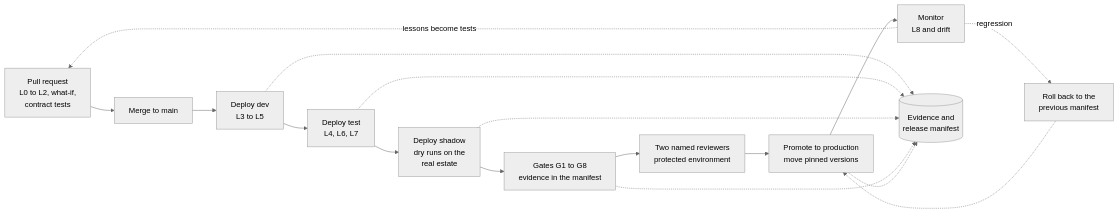
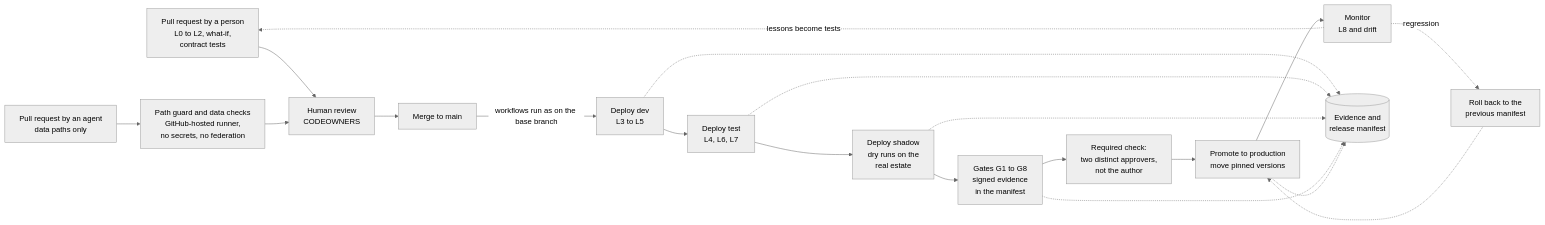
One commit to tinodo/meternaut changed the diagram in docs/design/11-delivery-and-operations.md. Above: the diagram before and after it, drawn with Mermaid (neutral theme). The commit also changed other lines of this file and 23 other files, not shown here.

First line of the commit message:
design phase 1: revised after round 1 (baseline for round-2 quote checks, not a release)

````diff
--- a/docs/design/11-delivery-and-operations.md
+++ b/docs/design/11-delivery-and-operations.md
@@ -47,22 +52,30 @@
 ```mermaid
 flowchart LR
-    PR["Pull request<br/>L0 to L2, what-if,<br/>contract tests"]
+    PRH["Pull request by a person<br/>L0 to L2, what-if,<br/>contract tests"]
+    PRA["Pull request by an agent<br/>data paths only"]
+    GUD["Path guard and data checks<br/>GitHub-hosted runner,<br/>no secrets, no federation"]
+    HRV["Human review<br/>CODEOWNERS"]
     MRG["Merge to main"]
     DEV["Deploy dev<br/>L3 to L5"]
     TST["Deploy test<br/>L4, L6, L7"]
     SHD["Deploy shadow<br/>dry runs on the<br/>real estate"]
-    GAT["Gates G1 to G8<br/>evidence in the manifest"]
-    APR["Two named reviewers<br/>protected environment"]
+    GAT["Gates G1 to G8<br/>signed evidence<br/>in the manifest"]
+    APR["Required check:<br/>two distinct approvers,<br/>not the author"]
     PRD["Promote to production<br/>move pinned versions"]
     MON["Monitor<br/>L8 and drift"]
-    PR --> MRG --> DEV --> TST --> SHD --> GAT --> APR --> PRD --> MON
-    MON -.->|"regression"| ROL["Roll back to the<br/>previous manifest"]
+    ROL["Roll back to the<br/>previous manifest"]
     EVD[("Evidence and<br/>release manifest")]
+    PRH --> HRV
+    PRA --> GUD --> HRV
+    HRV --> MRG
+    MRG -->|"workflows run as on the base branch"| DEV
+    DEV --> TST --> SHD --> GAT --> APR --> PRD --> MON
+    MON -.->|"regression"| ROL
     DEV -.-> EVD
     TST -.-> EVD
     SHD -.-> EVD
     GAT -.-> EVD
     PRD -.-> EVD
     ROL -.-> PRD
-    MON -.->|"lessons become tests"| PR
+    MON -.->|"lessons become tests"| PRH
 ```
````
